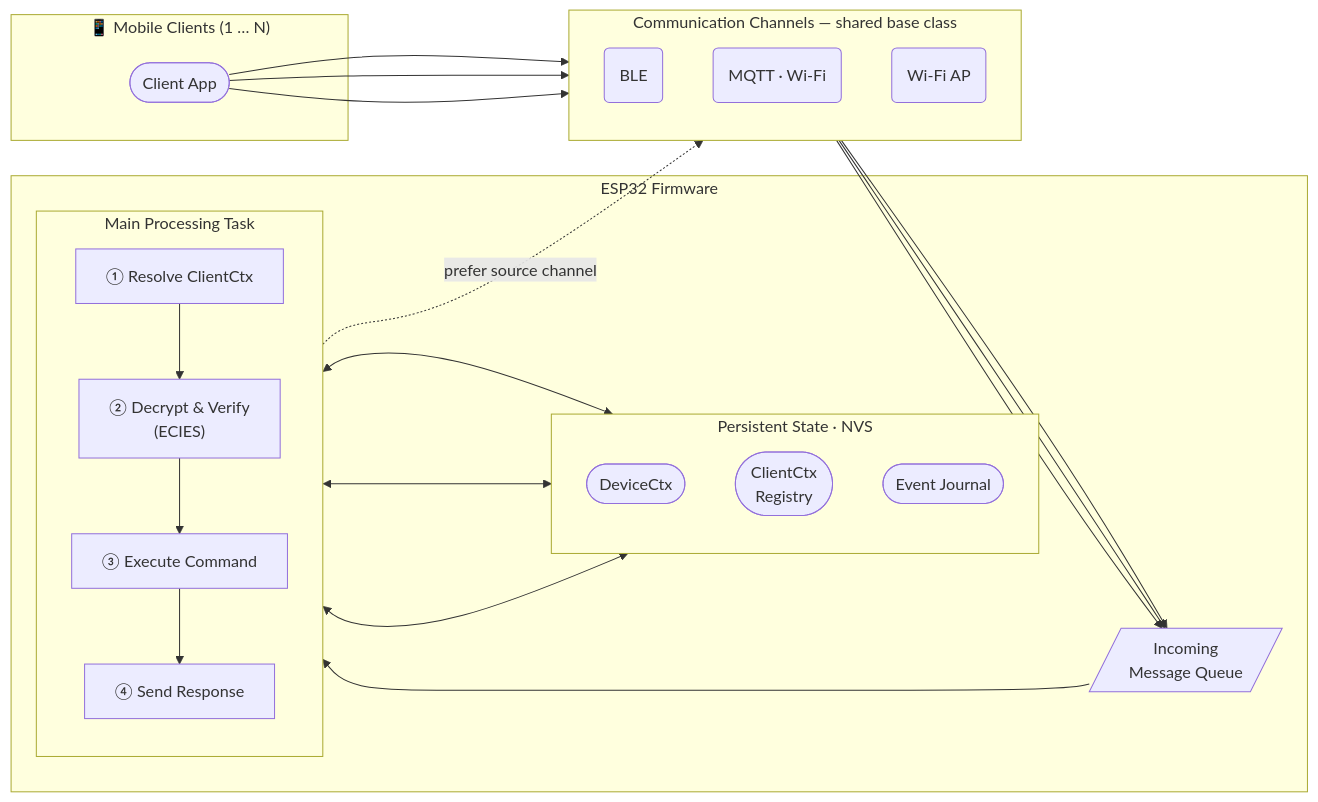
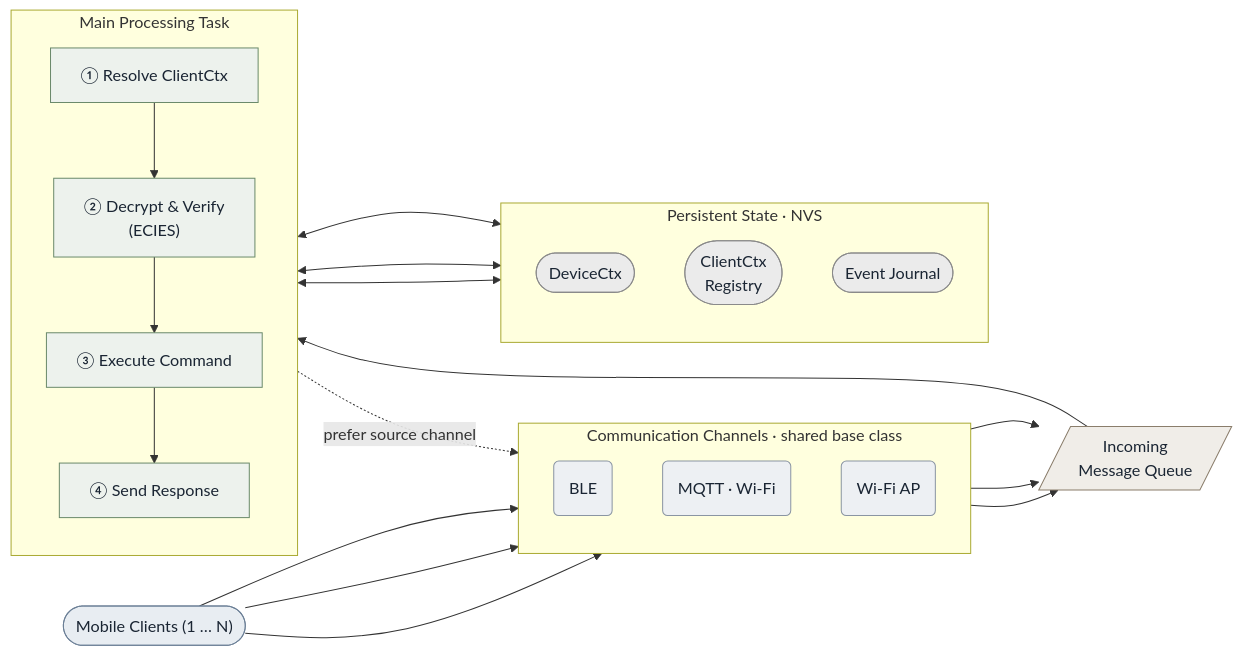
Before and after one commit to solomai/ESP32-TapGate: the diagram in tapgate_firmware/docs/architecture.md, drawn with Mermaid.

````diff
--- a/tapgate_firmware/docs/architecture.md
+++ b/tapgate_firmware/docs/architecture.md
@@ -13,39 +13,41 @@
 ```mermaid
 flowchart LR
-    subgraph CLT["📱 Mobile Clients (1 … N)"]
-        APP(["Client App"])
+    classDef client  fill:#e8edf2,stroke:#6b7f96,color:#1a2533
+    classDef channel fill:#edf0f3,stroke:#8a95a3,color:#1a2533
+    classDef queue   fill:#f0ede8,stroke:#8a7d6b,color:#1a2533
+    classDef step    fill:#edf2ed,stroke:#6b8a6b,color:#1a2533
+    classDef store   fill:#ebebeb,stroke:#8a8a8a,color:#1a2533
+
+    APP(["Mobile Clients (1 … N)"]):::client
+
+    subgraph CH["Communication Channels  ·  shared base class"]
+        direction TB
+        BLE("BLE"):::channel
+        MQTT("MQTT · Wi-Fi"):::channel
+        AP("Wi-Fi AP"):::channel
     end
 
-    subgraph CH["Communication Channels  —  shared base class"]
+    Q[/"Incoming\nMessage Queue"/]:::queue
+
+    subgraph TASK["Main Processing Task"]
         direction TB
-        BLE("BLE")
-        MQTT("MQTT · Wi-Fi")
-        AP("Wi-Fi AP")
+        T1["① Resolve ClientCtx"]:::step
+        T2["② Decrypt & Verify\n(ECIES)"]:::step
+        T3["③ Execute Command"]:::step
+        T4["④ Send Response"]:::step
+        T1 --> T2 --> T3 --> T4
     end
 
-    subgraph FW["ESP32 Firmware"]
-        Q[/"Incoming\nMessage Queue"/]
-
-        subgraph TASK["Main Processing Task"]
-            direction TB
-            T1["① Resolve ClientCtx"]
-            T2["② Decrypt & Verify\n(ECIES)"]
-            T3["③ Execute Command"]
-            T4["④ Send Response"]
-            T1 --> T2 --> T3 --> T4
-        end
-
-        subgraph NVS["Persistent State · NVS"]
-            direction TB
-            DC(["DeviceCtx"])
-            CC(["ClientCtx\nRegistry"])
-            EJ(["Event Journal"])
-        end
+    subgraph NVS["Persistent State · NVS"]
+        direction TB
+        DC(["DeviceCtx"]):::store
+        CC(["ClientCtx\nRegistry"]):::store
+        EJ(["Event Journal"]):::store
     end
 
     APP --> BLE & MQTT & AP
     BLE & MQTT & AP --> Q
     Q --> T1
     T4 -.->|"prefer source channel"| CH
     T3 <--> DC & CC & EJ
 ```
````
